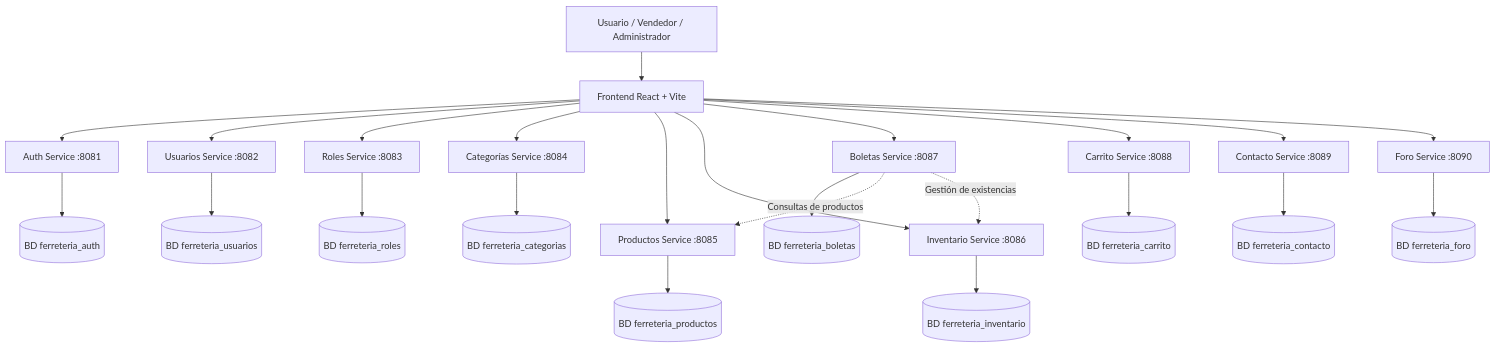
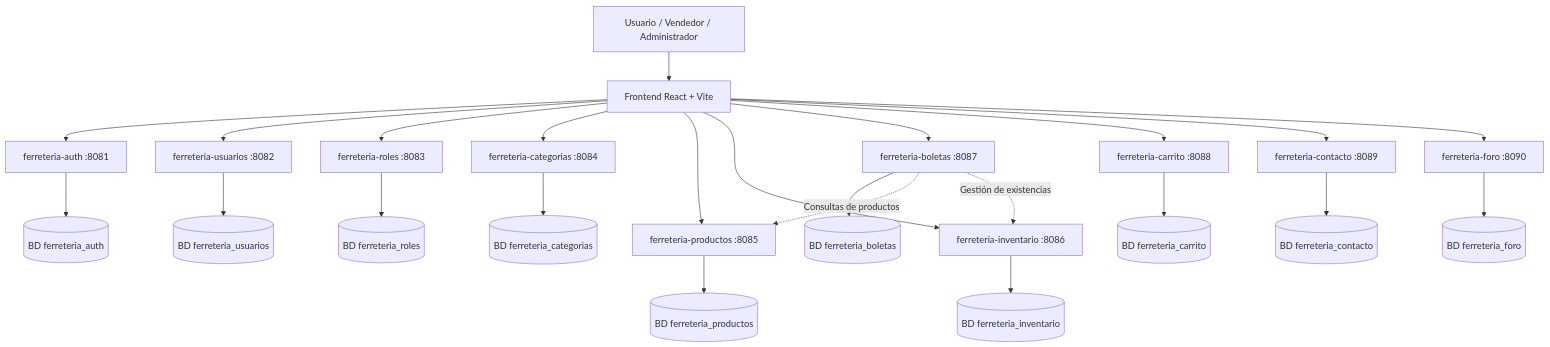
The first of 4 diagrams in README.md (kevishowardgonzalez/ferreteria-backend), drawn with Mermaid before and after one commit.

Commit message:
docs: agrega README.md

````diff
--- a/README.md
+++ b/README.md
@@ -64,29 +64,29 @@
 ```mermaid
 flowchart TD
     U[Usuario / Vendedor / Administrador] --> F[Frontend React + Vite]
 
-    F --> A[Auth Service :8081]
-    F --> B[Usuarios Service :8082]
-    F --> C[Roles Service :8083]
-    F --> D[Categorías Service :8084]
-    F --> E[Productos Service :8085]
-    F --> G[Inventario Service :8086]
-    F --> H[Boletas Service :8087]
-    F --> I[Carrito Service :8088]
-    F --> J[Contacto Service :8089]
-    F --> K[Foro Service :8090]
+    F --> A[ferreteria-auth :8081]
+    F --> B[ferreteria-usuarios :8082]
+    F --> C[ferreteria-roles :8083]
+    F --> D[ferreteria-categorias :8084]
+    F --> E[ferreteria-productos :8085]
+    F --> G[ferreteria-inventario :8086]
+    F --> H[ferreteria-boletas :8087]
+    F --> I[ferreteria-carrito :8088]
+    F --> J[ferreteria-contacto :8089]
+    F --> K[ferreteria-foro :8090]
 
     A --> DA[(BD ferreteria_auth)]
     B --> DB[(BD ferreteria_usuarios)]
     C --> DC[(BD ferreteria_roles)]
     D --> DD[(BD ferreteria_categorias)]
     E --> DE[(BD ferreteria_productos)]
     G --> DG[(BD ferreteria_inventario)]
     H --> DH[(BD ferreteria_boletas)]
     I --> DI[(BD ferreteria_carrito)]
     J --> DJ[(BD ferreteria_contacto)]
     K --> DK[(BD ferreteria_foro)]
 
     H -. Consultas de productos .-> E
     H -. Gestión de existencias .-> G
 ```
````
